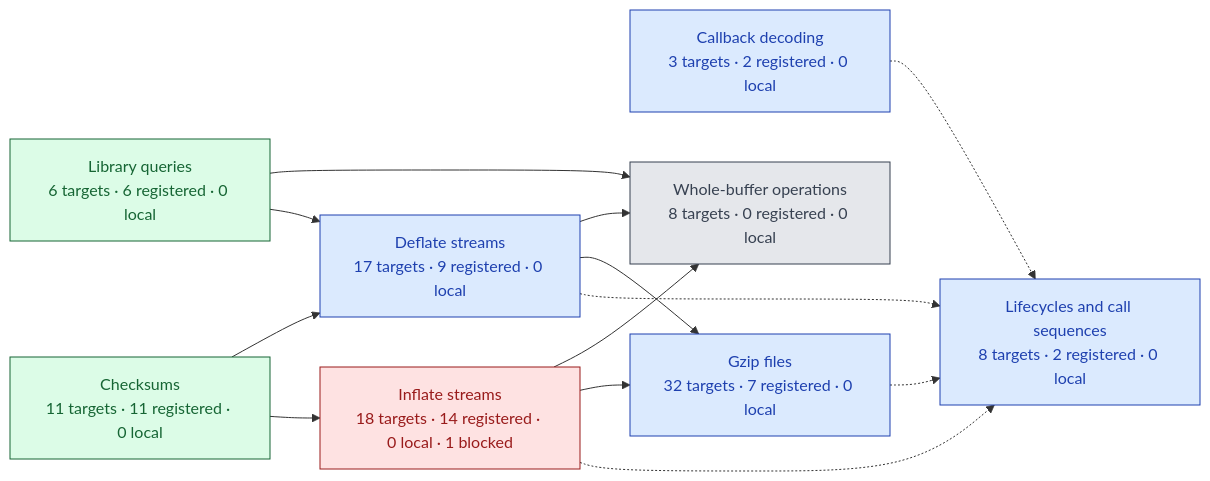
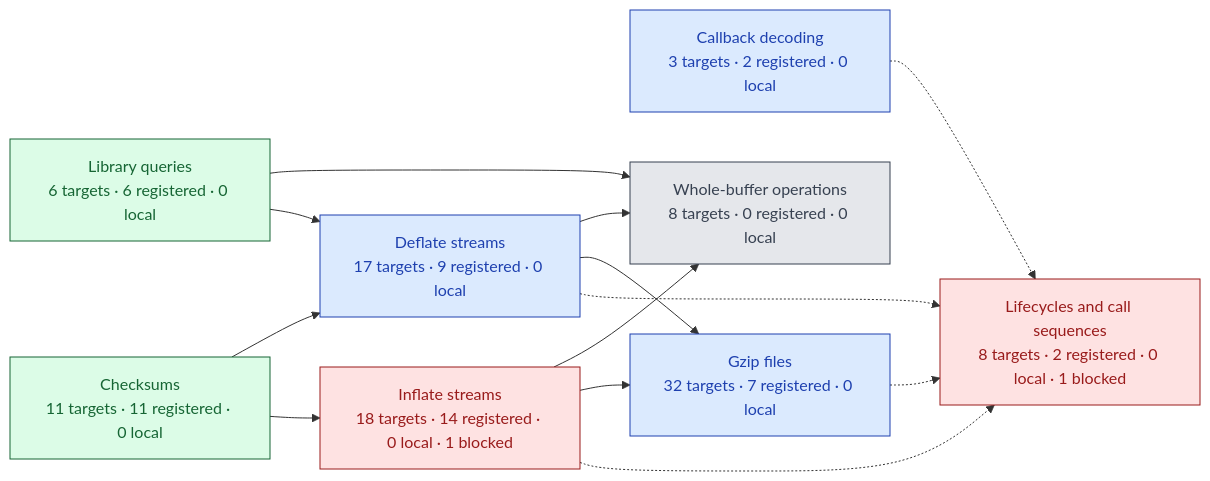
One commit to cla7aye15I4nd/zlib-f changed the first of 5 diagrams in docs/overview.md. Above: the diagram before and after it, drawn with Mermaid. The commit also changed other lines of this file and 3 other files, not shown here.

````diff
--- a/docs/overview.md
+++ b/docs/overview.md
@@ -674,35 +675,35 @@
 ```mermaid
 flowchart LR
   queries["Library queries<br/>6 targets · 6 registered · 0 local"]:::registered
   checksums["Checksums<br/>11 targets · 11 registered · 0 local"]:::registered
   inflate["Inflate streams<br/>18 targets · 14 registered · 0 local · 1 blocked"]:::blocked
   deflate["Deflate streams<br/>17 targets · 9 registered · 0 local"]:::local
   back["Callback decoding<br/>3 targets · 2 registered · 0 local"]:::local
   gzip["Gzip files<br/>32 targets · 7 registered · 0 local"]:::local
   buffers["Whole-buffer operations<br/>8 targets · 0 registered · 0 local"]:::open
-  lifecycle["Lifecycles and call sequences<br/>8 targets · 2 registered · 0 local"]:::local
+  lifecycle["Lifecycles and call sequences<br/>8 targets · 2 registered · 0 local · 1 blocked"]:::blocked
   back -.-> lifecycle
   checksums --> deflate
   checksums --> inflate
   deflate --> buffers
   deflate --> gzip
   deflate -.-> lifecycle
   gzip -.-> lifecycle
   inflate --> buffers
   inflate --> gzip
   inflate -.-> lifecycle
   queries --> buffers
   queries --> deflate
   click queries href "https://github.com/cla7aye15I4nd/zlib-f/tree/234bfef3036e52b9a52d400430ece7af13412c7b/ZlibF/Spec/Public" "Open specifications" _blank
   click checksums href "https://github.com/cla7aye15I4nd/zlib-f/blob/234bfef3036e52b9a52d400430ece7af13412c7b/ZlibF/Spec/Public/Checksums.lean" "Open specifications" _blank
   click inflate href "https://github.com/cla7aye15I4nd/zlib-f/tree/234bfef3036e52b9a52d400430ece7af13412c7b/ZlibF/Spec/Public" "Open specifications" _blank
   click deflate href "https://github.com/cla7aye15I4nd/zlib-f/tree/234bfef3036e52b9a52d400430ece7af13412c7b/ZlibF/Spec/Public" "Open specifications" _blank
   click back href "https://github.com/cla7aye15I4nd/zlib-f/blob/234bfef3036e52b9a52d400430ece7af13412c7b/ZlibF/Spec/Public/Back.lean" "Open specifications" _blank
   click gzip href "https://github.com/cla7aye15I4nd/zlib-f/tree/234bfef3036e52b9a52d400430ece7af13412c7b/ZlibF/Spec/Public" "Open specifications" _blank
   click buffers href "https://github.com/cla7aye15I4nd/zlib-f/blob/234bfef3036e52b9a52d400430ece7af13412c7b/ZlibF/Spec/Public/Utilities.lean" "Open specifications" _blank
   click lifecycle href "https://github.com/cla7aye15I4nd/zlib-f/tree/234bfef3036e52b9a52d400430ece7af13412c7b/ZlibF/Spec/Public" "Open specifications" _blank
   classDef registered fill:#dcfce7,color:#166534,stroke:#166534
   classDef local fill:#dbeafe,color:#1e40af,stroke:#1e40af
   classDef open fill:#e5e7eb,color:#374151,stroke:#374151
   classDef blocked fill:#fee2e2,color:#991b1b,stroke:#991b1b
 ```
````
